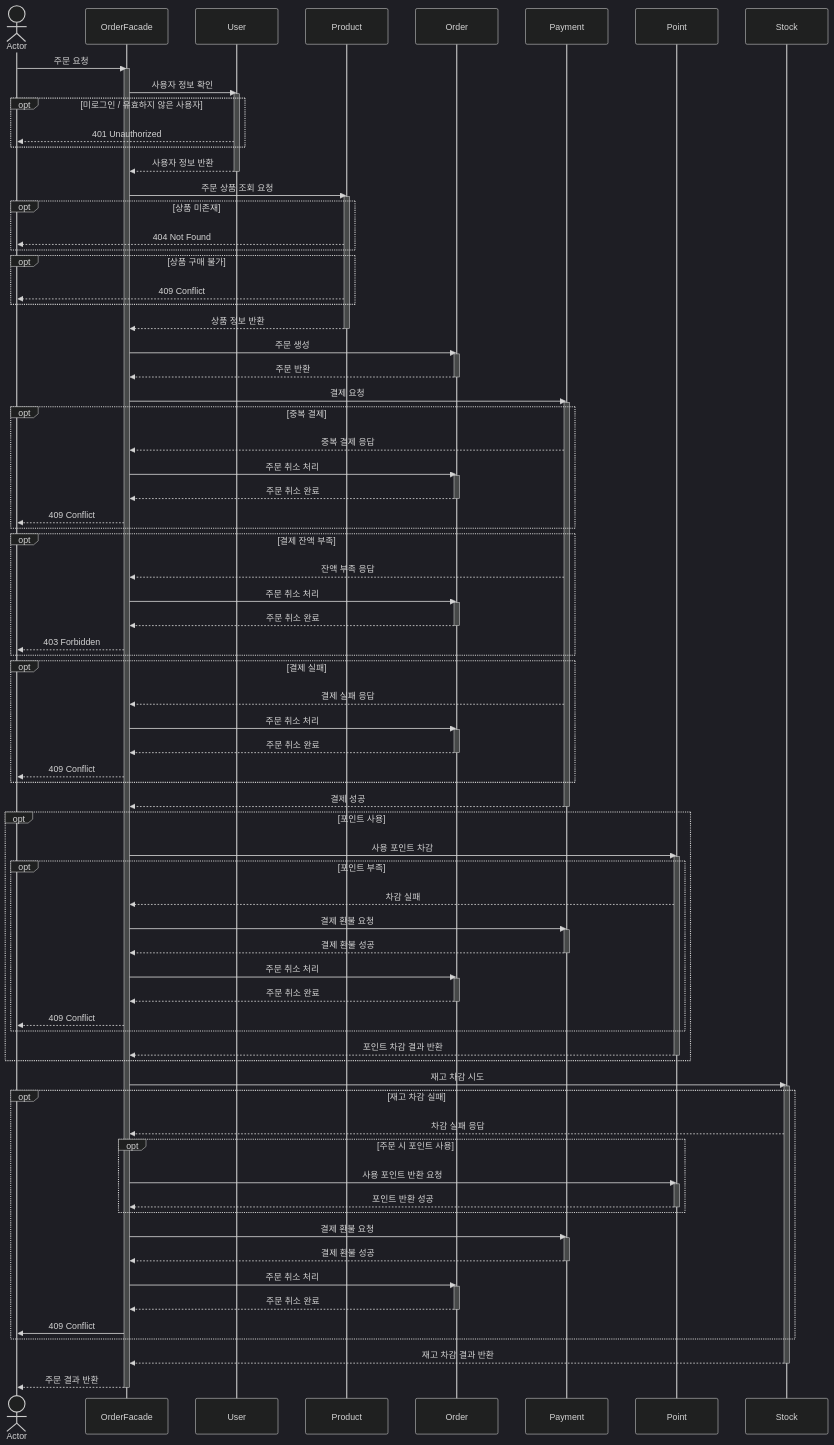
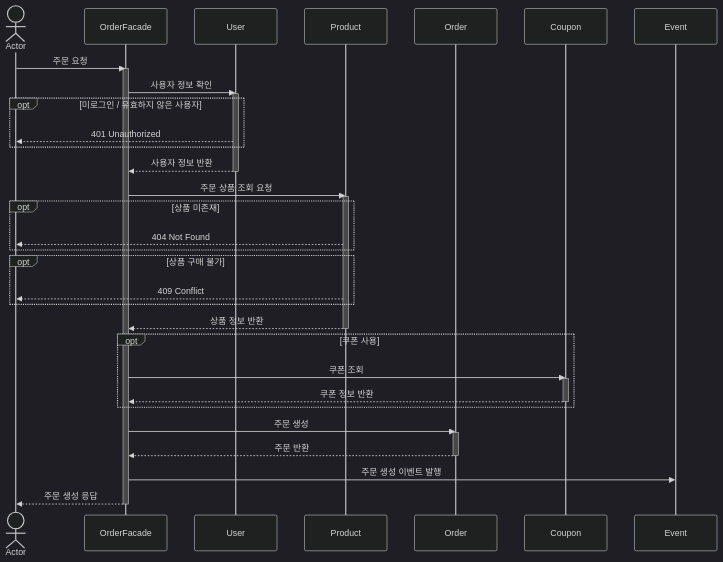
Before and after one commit to hgh1472/loopers: the seventh of 11 diagrams in docs/design/02-sequence-diagrams.md, drawn with Mermaid (dark theme). The commit also changed other lines of this file, not shown here.

Commit message:
docs: 시퀀스 다이어그램 수정

````diff
--- a/docs/design/02-sequence-diagrams.md
+++ b/docs/design/02-sequence-diagrams.md
@@ -207,9 +207,8 @@
   Participant U as User
   Participant Pd as Product
   Participant O as Order
-  Participant Pay as Payment
-  Participant P as Point
-  Participant S as Stock
+  Participant C as Coupon
+  participant E as Event
   
   A->>OF: 주문 요청
   activate OF
@@ -219,7 +218,6 @@
   opt 미로그인 / 유효하지 않은 사용자
     U-->>A: 401 Unauthorized
   end
-  
   U-->>OF: 사용자 정보 반환
   deactivate U
   OF->>Pd: 주문 상품 조회 요청
@@ -231,80 +229,20 @@
     Pd-->>A: 409 Conflict
   end
   Pd-->>OF: 상품 정보 반환
-  deactivate Pd     
+  deactivate Pd
+  opt 쿠폰 사용
+    OF->>C: 쿠폰 조회
+    activate C
+    C-->>OF: 쿠폰 정보 반환
+    deactivate C
+  end
   OF->>O: 주문 생성
   activate O
   O-->>OF: 주문 반환
   deactivate O
+  OF->>E: 주문 생성 이벤트 발행
+    OF-->>A: 주문 생성 응답
+    deactivate OF
     
-  OF->>Pay: 결제 요청
-  activate Pay
-  opt 중복 결제
-    Pay-->>OF: 중복 결제 응답
-    OF->>O: 주문 취소 처리
-    activate O
-    O-->>OF: 주문 취소 완료
-    deactivate O
-    OF-->>A: 409 Conflict
-  end
-  opt 결제 잔액 부족
-    Pay-->>OF: 잔액 부족 응답
-    OF->>O: 주문 취소 처리
-    activate O
-    O-->>OF: 주문 취소 완료
-    deactivate O
-    OF-->>A: 403 Forbidden
-  end
-  opt 결제 실패
-    Pay-->>OF: 결제 실패 응답
-    OF->>O: 주문 취소 처리
-    activate O
-    O-->>OF: 주문 취소 완료
-    deactivate O
-    OF-->>A: 409 Conflict
-  end
-  Pay-->>OF: 결제 성공
-  deactivate Pay
-  opt 포인트 사용
-    OF->>P: 사용 포인트 차감
-    activate P
-    opt 포인트 부족
-      P-->>OF: 차감 실패
-      OF->>Pay: 결제 환불 요청
-   activate Pay
-   Pay-->>OF: 결제 환불 성공
-   deactivate Pay
-   OF->>O: 주문 취소 처리
-   activate O
-   O-->>OF: 주문 취소 완료
-   deactivate O
-   OF-->>A: 409 Conflict
-  end
-  P-->>OF: 포인트 차감 결과 반환
-  deactivate P
-  end
-  OF->>S: 재고 차감 시도
-  activate S
-  opt 재고 차감 실패
-    S-->>OF: 차감 실패 응답
-    opt 주문 시 포인트 사용
-    OF->>P: 사용 포인트 반환 요청
-    activate P
-    P-->>OF: 포인트 반환 성공
-    deactivate P
-    end
-    OF->>Pay: 결제 환불 요청
-    activate Pay
-    Pay-->>OF: 결제 환불 성공
-    deactivate Pay
-    OF->>O: 주문 취소 처리
-    activate O
-    O-->>OF: 주문 취소 완료
-    deactivate O
-    OF->>A: 409 Conflict
-  end
-  S-->>OF: 재고 차감 결과 반환
-  deactivate S
-  OF-->>A: 주문 결과 반환
-  deactivate OF
+  
 ```
````
